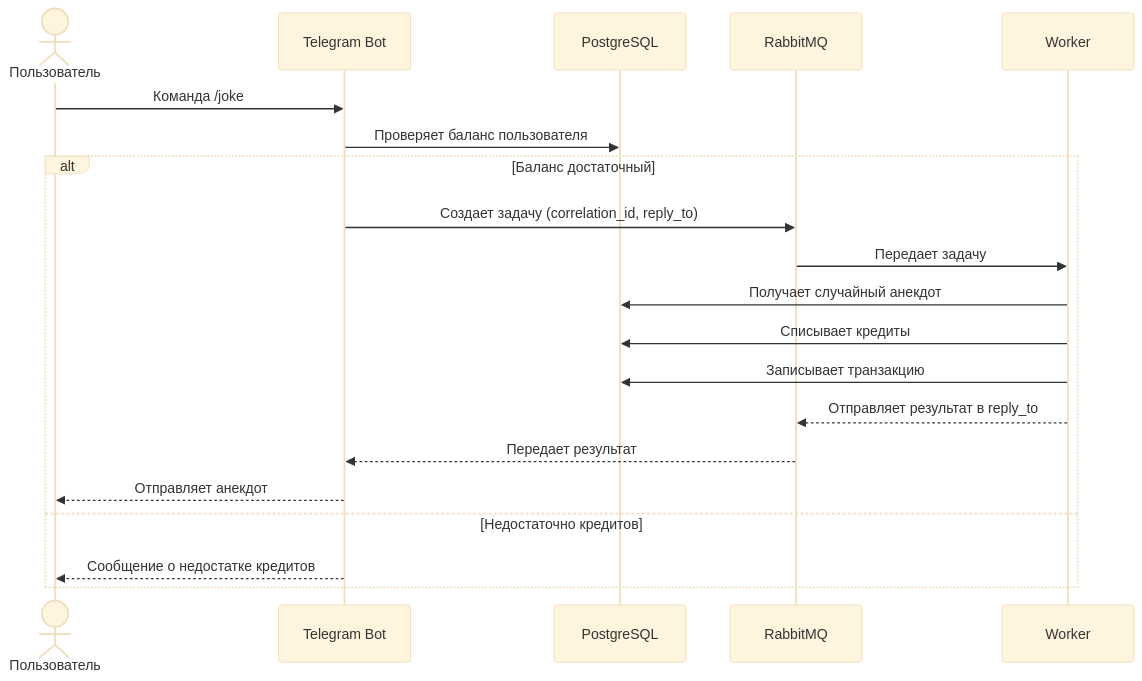
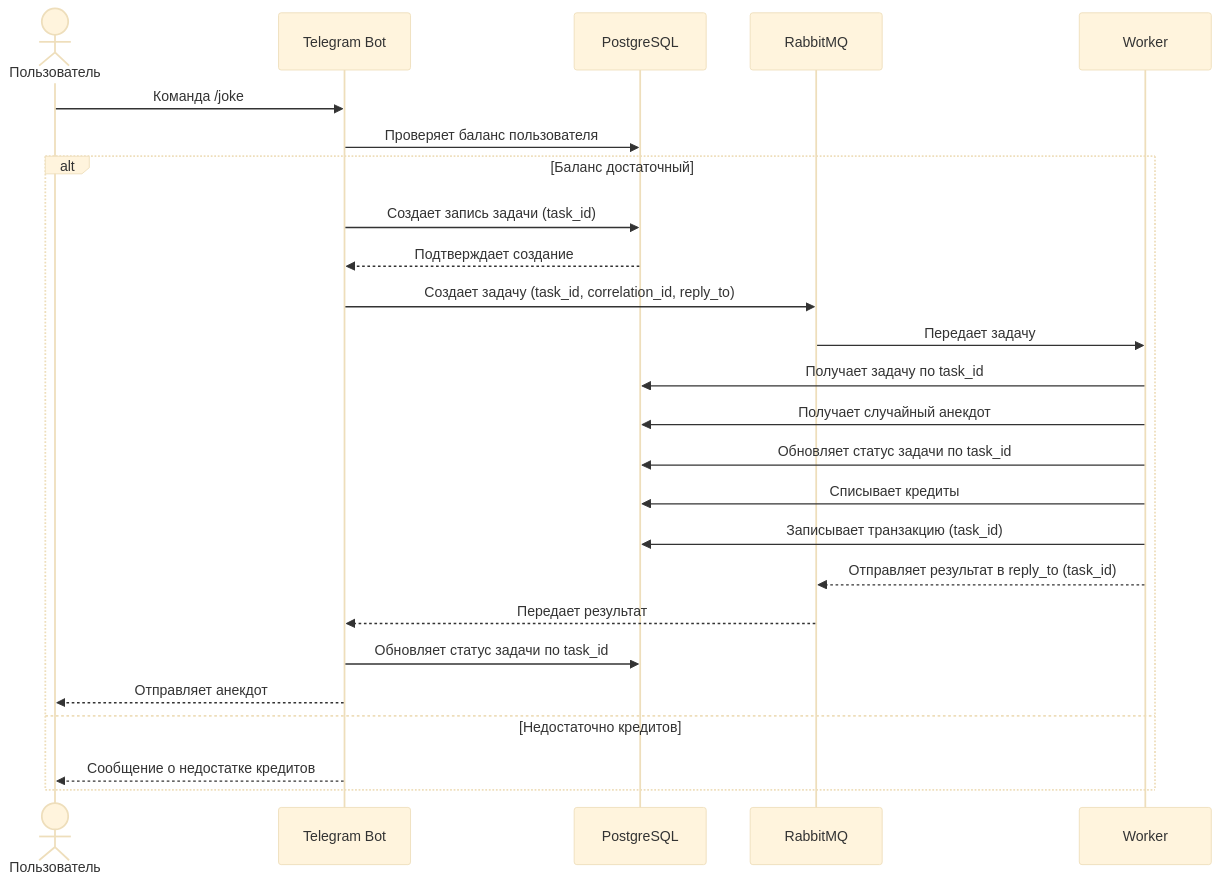
Before and after one commit to naumtsevalex/python_ml_billing_service: the third of 6 diagrams in DETAILS.md, drawn with Mermaid (base theme). The commit also changed other lines of this file, not shown here.

````diff
--- a/DETAILS.md
+++ b/DETAILS.md
@@ -275,23 +275,28 @@
 ```mermaid
 sequenceDiagram
     actor User as Пользователь
     participant Bot as Telegram Bot
     participant DB as PostgreSQL
     participant RabbitMQ as RabbitMQ
     participant Worker as Worker
 
     User->>Bot: Команда /joke
     Bot->>DB: Проверяет баланс пользователя
     alt Баланс достаточный
-        Bot->>RabbitMQ: Создает задачу (correlation_id, reply_to)
+        Bot->>DB: Создает запись задачи (task_id)
+        DB-->>Bot: Подтверждает создание
+        Bot->>RabbitMQ: Создает задачу (task_id, correlation_id, reply_to)
         RabbitMQ->>Worker: Передает задачу
+        Worker->>DB: Получает задачу по task_id
         Worker->>DB: Получает случайный анекдот
+        Worker->>DB: Обновляет статус задачи по task_id
         Worker->>DB: Списывает кредиты
-        Worker->>DB: Записывает транзакцию
-        Worker-->>RabbitMQ: Отправляет результат в reply_to
+        Worker->>DB: Записывает транзакцию (task_id)
+        Worker-->>RabbitMQ: Отправляет результат в reply_to (task_id)
         RabbitMQ-->>Bot: Передает результат
+        Bot->>DB: Обновляет статус задачи по task_id
         Bot-->>User: Отправляет анекдот
     else Недостаточно кредитов
         Bot-->>User: Сообщение о недостатке кредитов
     end
 ```
````
